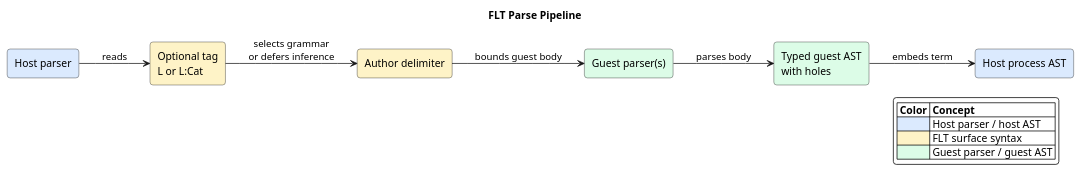
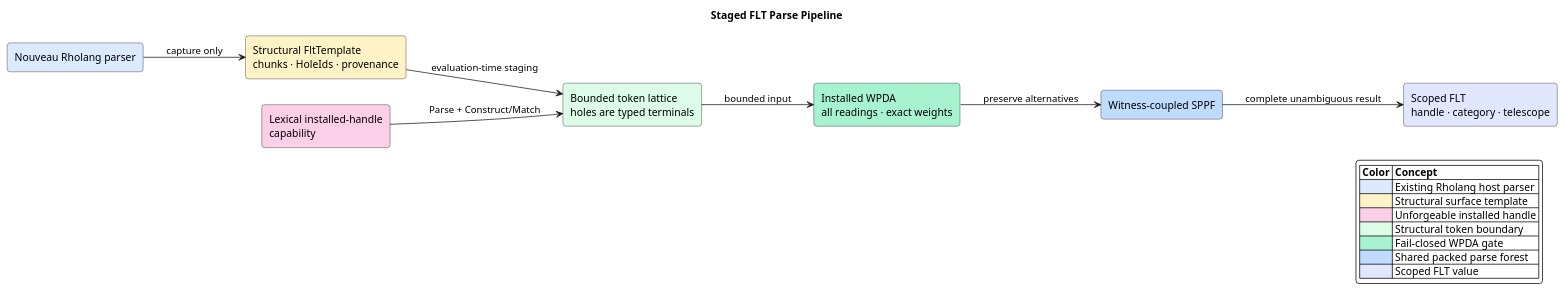
One commit to F1R3FLY-io/FIPS changed the diagram in under-review/2026-06-26-Foreign-Language-Terms/diagrams/01-parse-pipeline.puml. Above: the diagram before and after it, drawn with PlantUML. The commit also changed 12 other files, not shown here.

Commit message:
docs: define structural FLTs and theorem-typed channels

```diff
--- a/under-review/2026-06-26-Foreign-Language-Terms/diagrams/01-parse-pipeline.puml
+++ b/under-review/2026-06-26-Foreign-Language-Terms/diagrams/01-parse-pipeline.puml
@@ -1,28 +1,34 @@
 @startuml
-title FLT Parse Pipeline
+title Staged FLT Parse Pipeline
 left to right direction
 skinparam backgroundColor #FFFFFF
 skinparam shadowing false
 skinparam roundcorner 8
 skinparam defaultFontName SansSerif
 
-rectangle "Host parser" as Host #DBEAFE
-rectangle "Optional tag\nL or L:Cat" as Tag #FEF3C7
-rectangle "Author delimiter" as Delim #FEF3C7
-rectangle "Guest parser(s)" as Guest #DCFCE7
-rectangle "Typed guest AST\nwith holes" as AST #DCFCE7
-rectangle "Host process AST" as HostAST #DBEAFE
+rectangle "Nouveau Rholang parser" as Host #DBEAFE
+rectangle "Structural FltTemplate\nchunks · HoleIds · provenance" as Template #FEF3C7
+rectangle "Lexical installed-handle\ncapability" as Handle #FBCFE8
+rectangle "Bounded token lattice\nholes are typed terminals" as Lattice #DCFCE7
+rectangle "Installed WPDA\nall readings · exact weights" as Guest #A7F3D0
+rectangle "Witness-coupled SPPF" as Forest #BFDBFE
+rectangle "Scoped FLT\nhandle · category · telescope" as AST #E0E7FF
 
-Host --> Tag : reads
-Tag --> Delim : selects grammar\nor defers inference
-Delim --> Guest : bounds guest body
-Guest --> AST : parses body
-AST --> HostAST : embeds term
+Host --> Template : capture only
+Template --> Lattice : evaluation-time staging
+Handle --> Lattice : Parse + Construct/Match
+Lattice --> Guest : bounded input
+Guest --> Forest : preserve alternatives
+Forest --> AST : complete unambiguous result
 
 legend right
   |= Color |= Concept |
-  |<#DBEAFE> | Host parser / host AST |
-  |<#FEF3C7> | FLT surface syntax |
-  |<#DCFCE7> | Guest parser / guest AST |
+  |<#DBEAFE> | Existing Rholang host parser |
+  |<#FEF3C7> | Structural surface template |
+  |<#FBCFE8> | Unforgeable installed handle |
+  |<#DCFCE7> | Structural token boundary |
+  |<#A7F3D0> | Fail-closed WPDA gate |
+  |<#BFDBFE> | Shared packed parse forest |
+  |<#E0E7FF> | Scoped FLT value |
 endlegend
 @enduml
```
